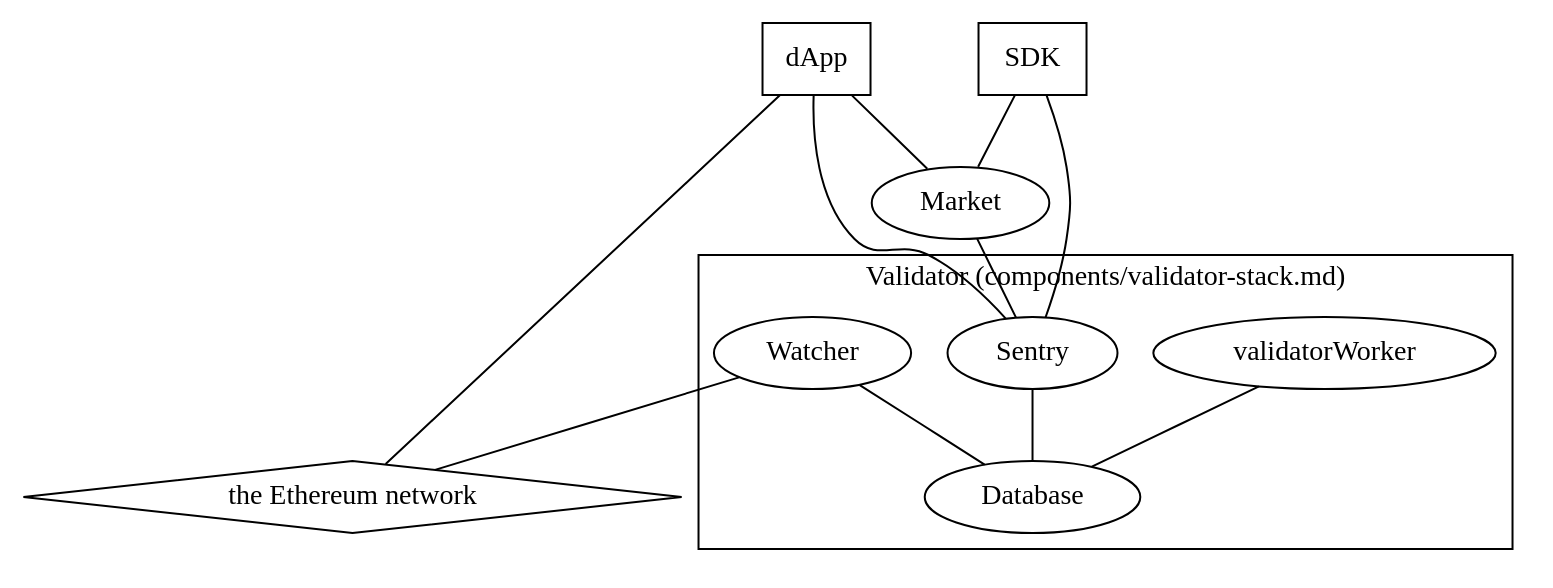
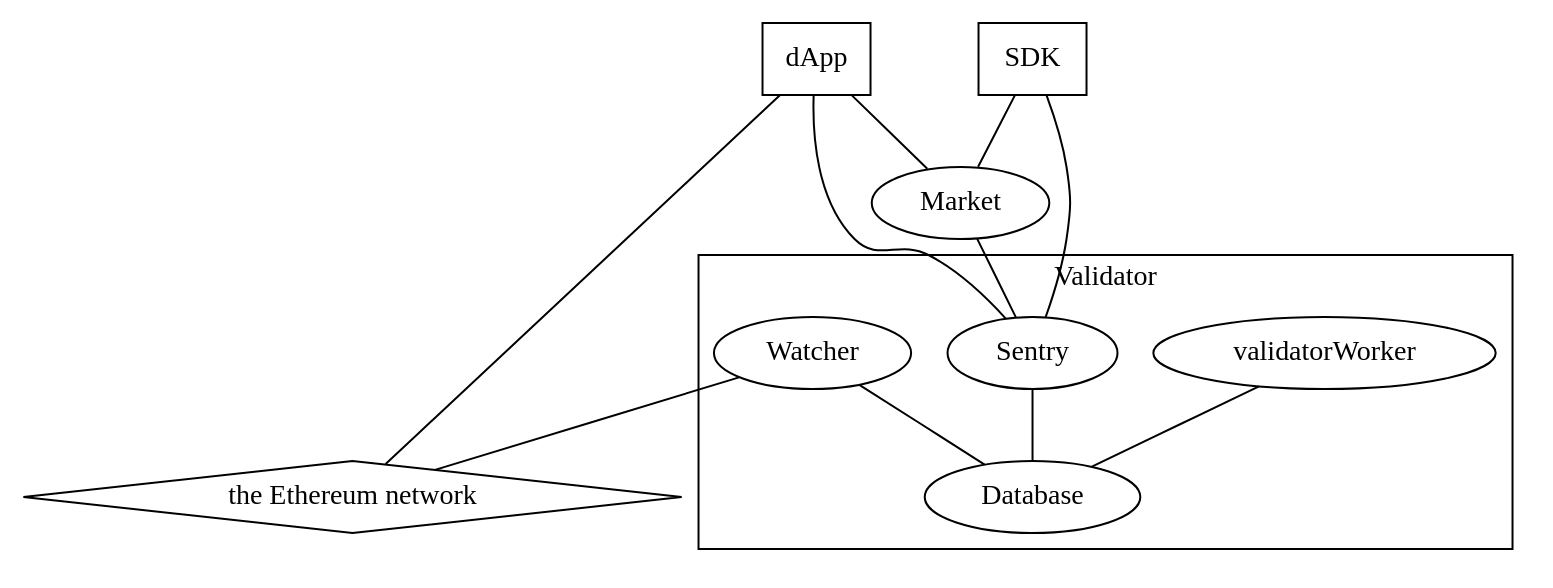
Before and after one commit to AmbireTech/adex-protocol: the diagram in graphs/architecture.dot, drawn with Graphviz. The commit also changed 2 other files, not shown here.

Commit message:
minor changes to README/architecture graph

```diff
--- a/graphs/architecture.dot
+++ b/graphs/architecture.dot
@@ -1,26 +1,26 @@
 graph {
 	// @TODO: users, SDK
 	// @TODO: can we visualize what data flows between the components?
 	// @TODO: most validator stack components use the adapter, and the adapter uses adex-protocol-eth
 	subgraph cluster_validator {
-		label="Validator (components/validator-stack.md)";
+		label="Validator";
 		db[label="Database"];
 		worker[label="validatorWorker"];
 		sentry[label="Sentry"];
 		watcher[label="Watcher"];
 		worker -- db;
 		sentry -- db;
 		watcher -- db;
 	}
 	market[label="Market"];
 	market -- sentry;
 	ethereum[label="the Ethereum network", shape="diamond"];
 	watcher -- ethereum;
 	dapp[label="dApp",shape="box"];
 	dapp -- market;
 	dapp -- sentry;
 	dapp -- ethereum;
 	SDK[shape="box"];
 	SDK -- sentry;
 	SDK -- market;
 }
```
